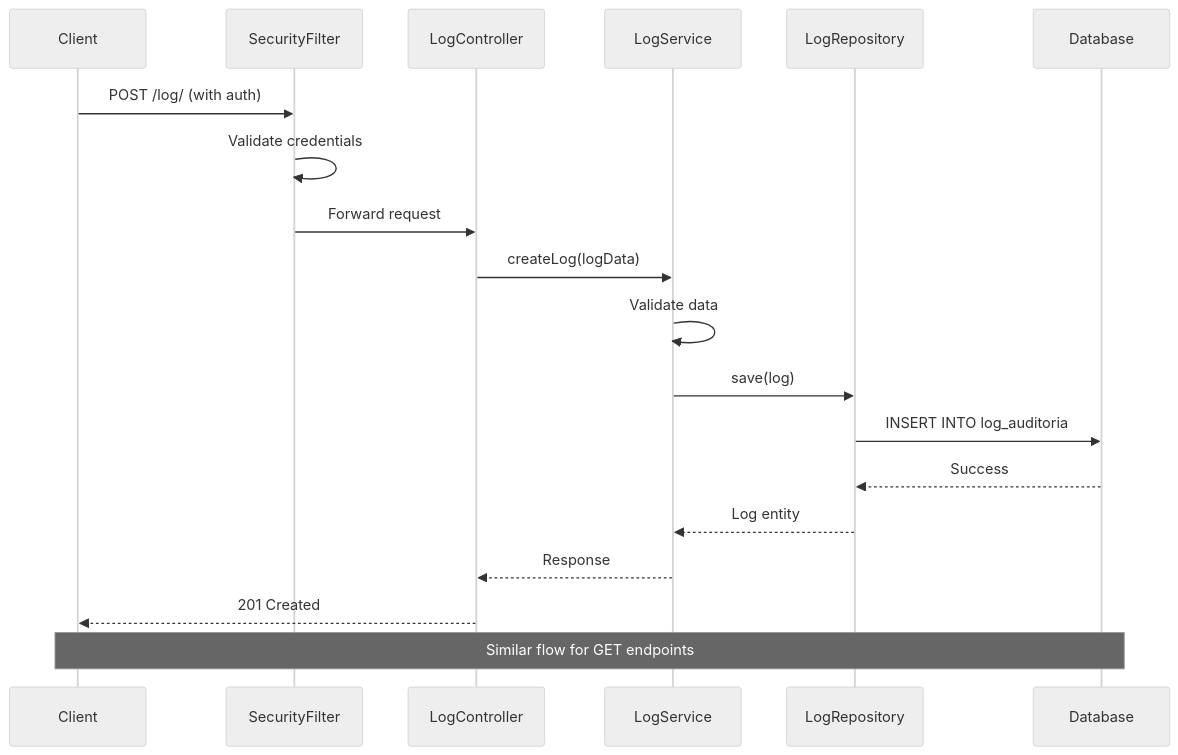
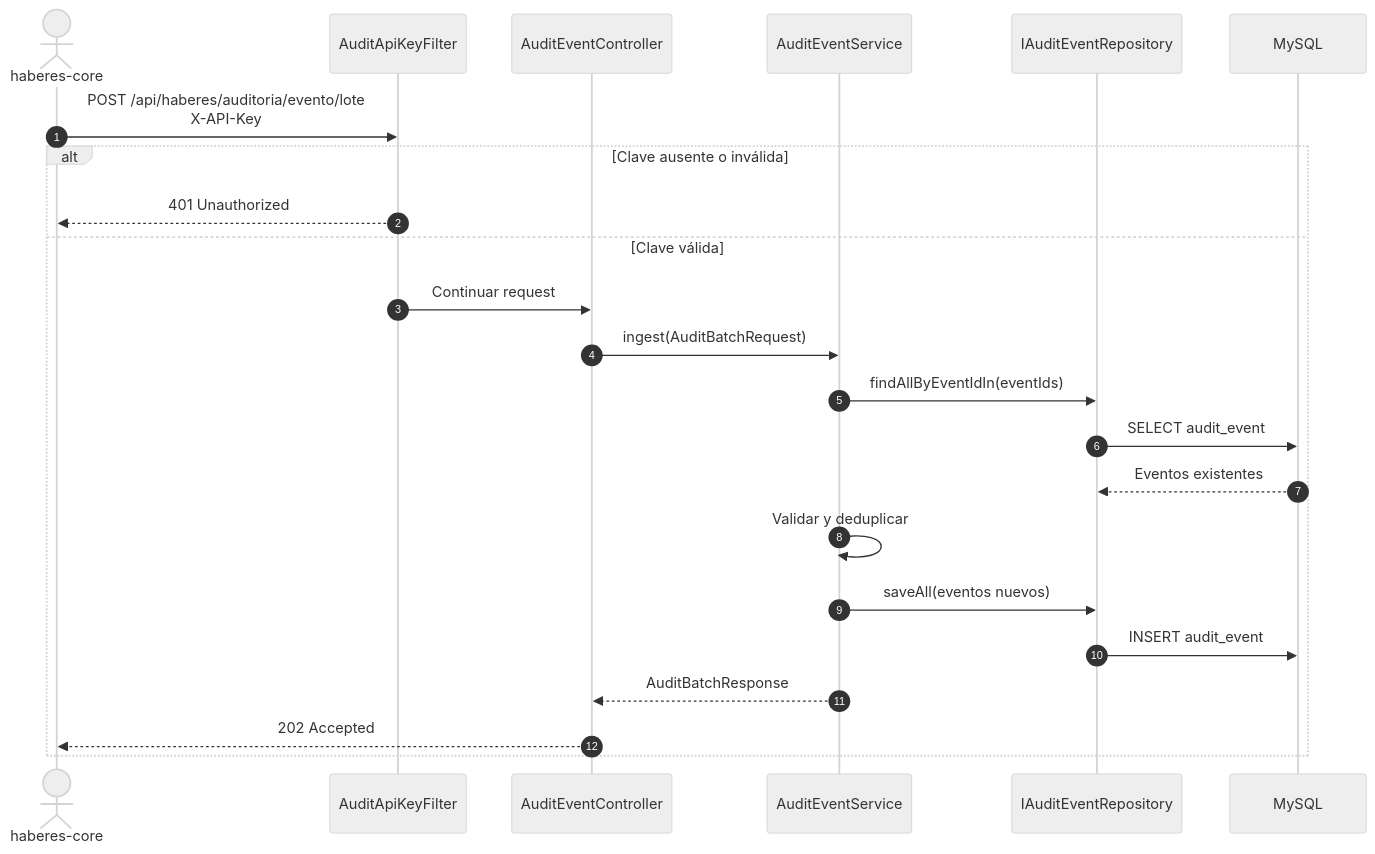
One commit to UM-services/UM.haberes.auditoria-service changed the diagram in docs/diagrams/flujo-api-docum.mmd. Above: the diagram before and after it, drawn with Mermaid (neutral theme). The commit also changed 47 other files, not shown here.

First line of the commit message:
feat(audit): migrar logs a eventos estructurados

```diff
--- a/docs/diagrams/flujo-api-docum.mmd
+++ b/docs/diagrams/flujo-api-docum.mmd
@@ -1,22 +1,24 @@
 sequenceDiagram
-    participant Client
-    participant SecurityFilter
-    participant LogController
-    participant LogService
-    participant LogRepository
-    participant Database
+    autonumber
+    actor Client as haberes-core
+    participant Filter as AuditApiKeyFilter
+    participant Controller as AuditEventController
+    participant Service as AuditEventService
+    participant Repo as IAuditEventRepository
+    participant DB as MySQL
 
-    Client->>SecurityFilter: POST /log/ (with auth)
-    SecurityFilter->>SecurityFilter: Validate credentials
-    SecurityFilter->>LogController: Forward request
-
-    LogController->>LogService: createLog(logData)
-    LogService->>LogService: Validate data
-    LogService->>LogRepository: save(log)
-    LogRepository->>Database: INSERT INTO log_auditoria
-    Database-->>LogRepository: Success
-    LogRepository-->>LogService: Log entity
-    LogService-->>LogController: Response
-    LogController-->>Client: 201 Created
-
-    Note over Client,Database: Similar flow for GET endpoints
+    Client->>Filter: POST /api/haberes/auditoria/evento/lote<br/>X-API-Key
+    alt Clave ausente o inválida
+        Filter-->>Client: 401 Unauthorized
+    else Clave válida
+        Filter->>Controller: Continuar request
+        Controller->>Service: ingest(AuditBatchRequest)
+        Service->>Repo: findAllByEventIdIn(eventIds)
+        Repo->>DB: SELECT audit_event
+        DB-->>Repo: Eventos existentes
+        Service->>Service: Validar y deduplicar
+        Service->>Repo: saveAll(eventos nuevos)
+        Repo->>DB: INSERT audit_event
+        Service-->>Controller: AuditBatchResponse
+        Controller-->>Client: 202 Accepted
+    end
```
